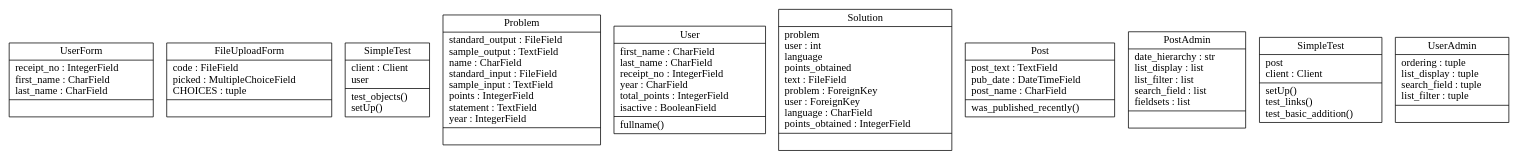
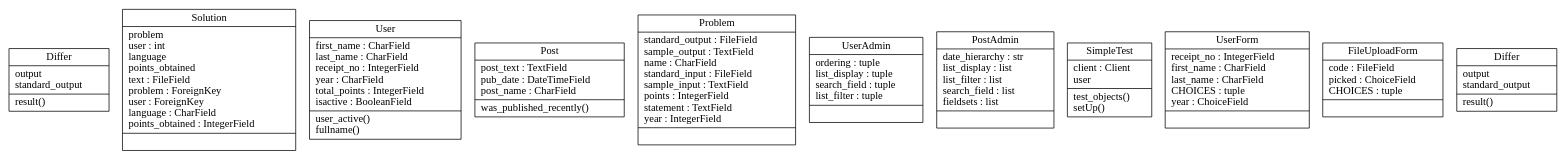
The diagram in docs/classes_No_Name.dot (akashdeshmukh/Codeit), drawn with Graphviz before and after one commit. The commit also changed 5 other files, not shown here.

```diff
--- a/docs/classes_No_Name.dot
+++ b/docs/classes_No_Name.dot
@@ -1,14 +1,15 @@
 digraph "classes_No_Name" {
 charset="utf-8"
 rankdir=BT
-"6" [shape="record", label="{UserForm|receipt_no : IntegerField\lfirst_name : CharField\llast_name : CharField\l|}"];
-"7" [shape="record", label="{FileUploadForm|code : FileField\lpicked : MultipleChoiceField\lCHOICES : tuple\l|}"];
-"9" [shape="record", label="{SimpleTest|client : Client\luser\l|test_objects()\lsetUp()\l}"];
+"8" [shape="record", label="{Differ|output\lstandard_output\l|result()\l}"];
+"9" [shape="record", label="{Solution|problem\luser : int\llanguage\lpoints_obtained\ltext : FileField\lproblem : ForeignKey\luser : ForeignKey\llanguage : CharField\lpoints_obtained : IntegerField\l|}"];
+"10" [shape="record", label="{User|first_name : CharField\llast_name : CharField\lreceipt_no : IntegerField\lyear : CharField\ltotal_points : IntegerField\lisactive : BooleanField\l|user_active()\lfullname()\l}"];
+"11" [shape="record", label="{Post|post_text : TextField\lpub_date : DateTimeField\lpost_name : CharField\l|was_published_recently()\l}"];
 "12" [shape="record", label="{Problem|standard_output : FileField\lsample_output : TextField\lname : CharField\lstandard_input : FileField\lsample_input : TextField\lpoints : IntegerField\lstatement : TextField\lyear : IntegerField\l|}"];
-"13" [shape="record", label="{User|first_name : CharField\llast_name : CharField\lreceipt_no : IntegerField\lyear : CharField\ltotal_points : IntegerField\lisactive : BooleanField\l|fullname()\l}"];
-"14" [shape="record", label="{Solution|problem\luser : int\llanguage\lpoints_obtained\ltext : FileField\lproblem : ForeignKey\luser : ForeignKey\llanguage : CharField\lpoints_obtained : IntegerField\l|}"];
-"16" [shape="record", label="{Post|post_text : TextField\lpub_date : DateTimeField\lpost_name : CharField\l|was_published_recently()\l}"];
-"19" [shape="record", label="{PostAdmin|date_hierarchy : str\llist_display : list\llist_filter : list\lsearch_field : list\lfieldsets : list\l|}"];
-"23" [shape="record", label="{SimpleTest|post\lclient : Client\l|setUp()\ltest_links()\ltest_basic_addition()\l}"];
-"28" [shape="record", label="{UserAdmin|ordering : tuple\llist_display : tuple\lsearch_field : tuple\llist_filter : tuple\l|}"];
+"16" [shape="record", label="{UserAdmin|ordering : tuple\llist_display : tuple\lsearch_field : tuple\llist_filter : tuple\l|}"];
+"17" [shape="record", label="{PostAdmin|date_hierarchy : str\llist_display : list\llist_filter : list\lsearch_field : list\lfieldsets : list\l|}"];
+"21" [shape="record", label="{SimpleTest|client : Client\luser\l|test_objects()\lsetUp()\l}"];
+"23" [shape="record", label="{UserForm|receipt_no : IntegerField\lfirst_name : CharField\llast_name : CharField\lCHOICES : tuple\lyear : ChoiceField\l|}"];
+"24" [shape="record", label="{FileUploadForm|code : FileField\lpicked : ChoiceField\lCHOICES : tuple\l|}"];
+"28" [shape="record", label="{Differ|output\lstandard_output\l|result()\l}"];
 }
```
